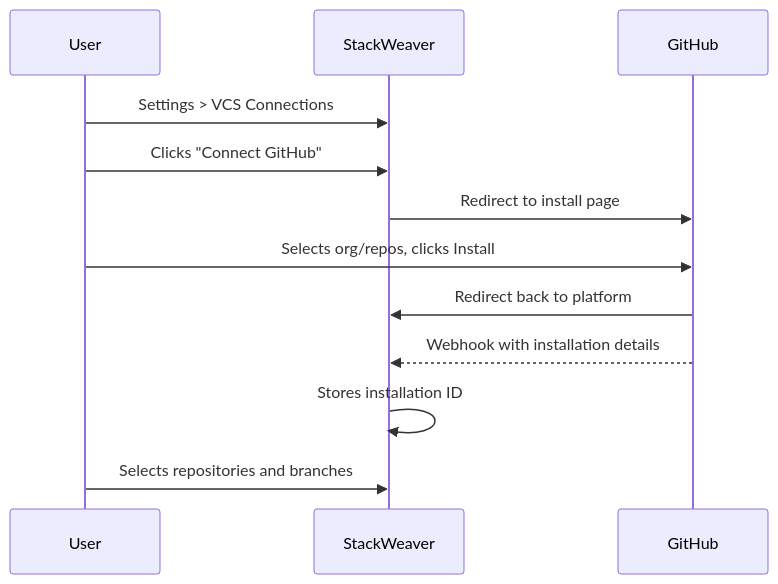
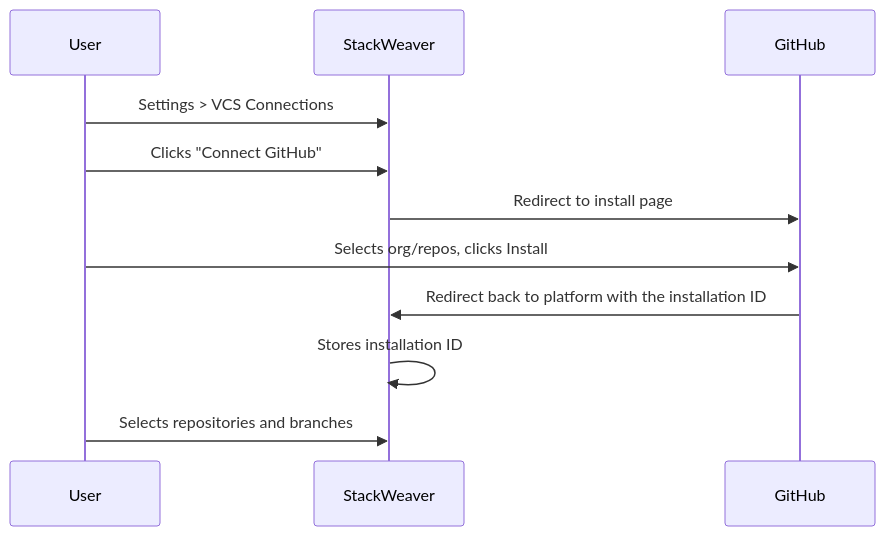
Before and after one commit to vhco-pro/stackweaver-frontend: the second of 2 diagrams in docs/user-guides/vcs/github-app.md, drawn with Mermaid. The commit also changed other lines of this file and 2 other files, not shown here.

````diff
--- a/docs/user-guides/vcs/github-app.md
+++ b/docs/user-guides/vcs/github-app.md
@@ -215,15 +217,14 @@
 ```mermaid
 sequenceDiagram
     participant User
     participant SW as StackWeaver
     participant GH as GitHub
 
     User->>SW: Settings > VCS Connections
     User->>SW: Clicks "Connect GitHub"
     SW->>GH: Redirect to install page
     User->>GH: Selects org/repos, clicks Install
-    GH->>SW: Redirect back to platform
-    GH-->>SW: Webhook with installation details
+    GH->>SW: Redirect back to platform with the installation ID
     SW->>SW: Stores installation ID
     User->>SW: Selects repositories and branches
 ```
````
